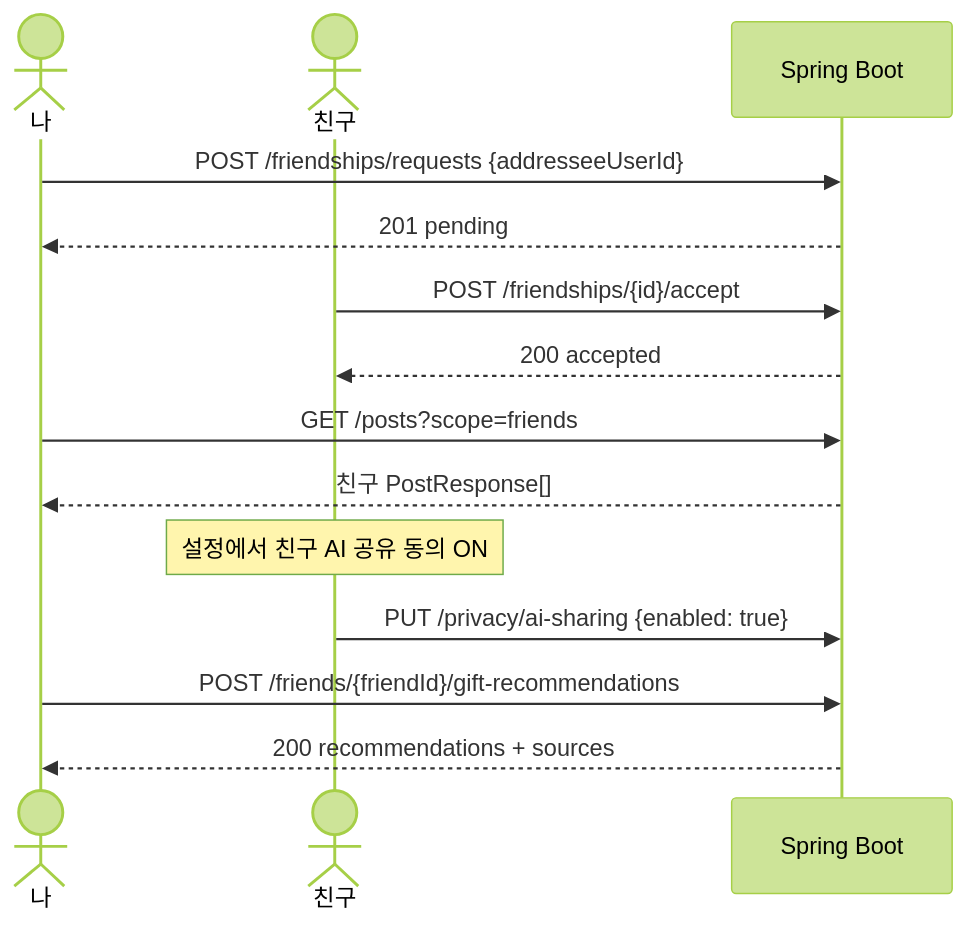
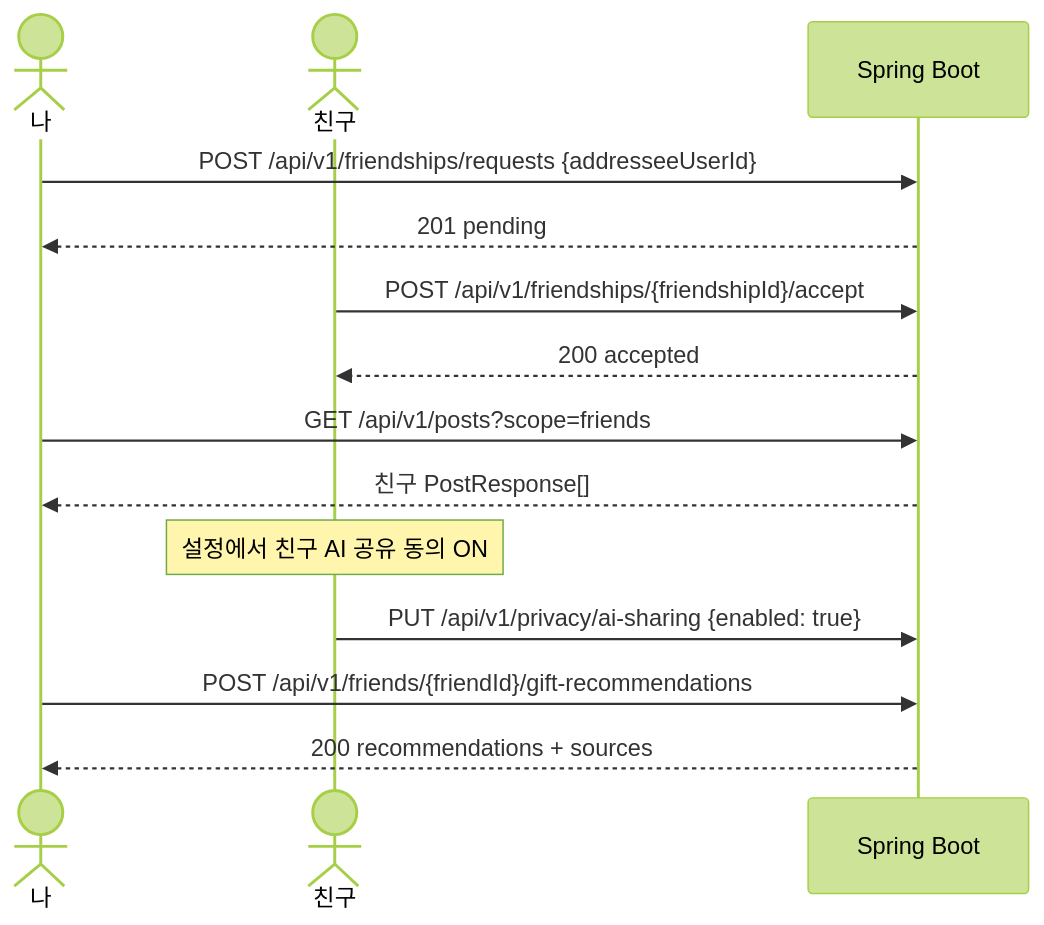
One commit to seok3m4/AI_w15-16 changed the fourth of 5 diagrams in docs/SCREEN_FLOW_MVP_TEXT_MEMORY.md. Above: the diagram before and after it, drawn with Mermaid (forest theme). The commit also changed other lines of this file and 4 other files, not shown here.

````diff
--- a/docs/SCREEN_FLOW_MVP_TEXT_MEMORY.md
+++ b/docs/SCREEN_FLOW_MVP_TEXT_MEMORY.md
@@ -168,17 +170,17 @@
 ```mermaid
 sequenceDiagram
   actor A as 나
   actor B as 친구
   participant BE as Spring Boot
 
-  A->>BE: POST /friendships/requests {addresseeUserId}
+  A->>BE: POST /api/v1/friendships/requests {addresseeUserId}
   BE-->>A: 201 pending
-  B->>BE: POST /friendships/{id}/accept
+  B->>BE: POST /api/v1/friendships/{friendshipId}/accept
   BE-->>B: 200 accepted
-  A->>BE: GET /posts?scope=friends
+  A->>BE: GET /api/v1/posts?scope=friends
   BE-->>A: 친구 PostResponse[]
   Note over B: 설정에서 친구 AI 공유 동의 ON
-  B->>BE: PUT /privacy/ai-sharing {enabled: true}
-  A->>BE: POST /friends/{friendId}/gift-recommendations
+  B->>BE: PUT /api/v1/privacy/ai-sharing {enabled: true}
+  A->>BE: POST /api/v1/friends/{friendId}/gift-recommendations
   BE-->>A: 200 recommendations + sources
 ```
````
